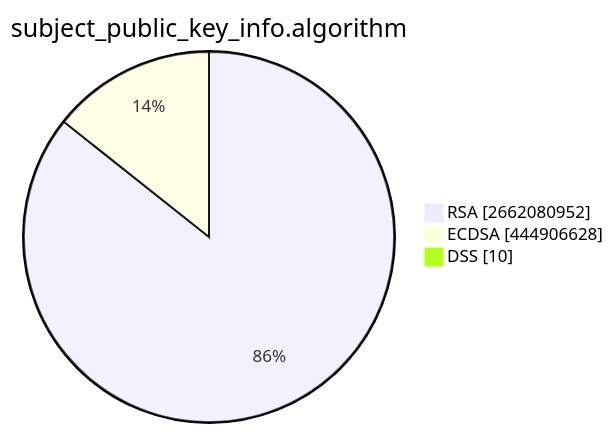
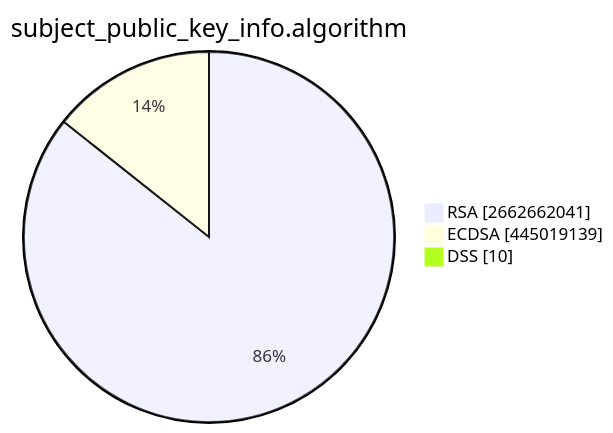
The second of 15 diagrams in TOTAL/README.md (christiankrug/ctmonitor_visualization), drawn with Mermaid before and after one commit. The commit also changed other lines of this file, not shown here.

````diff
--- a/TOTAL/README.md
+++ b/TOTAL/README.md
@@ -6,7 +6,7 @@
 ```mermaid
 pie showData
 title subject_public_key_info.algorithm
-"RSA" :2662080952
-"ECDSA" :444906628
+"RSA" :2662662041
+"ECDSA" :445019139
 "DSS" :10
 ```
````
